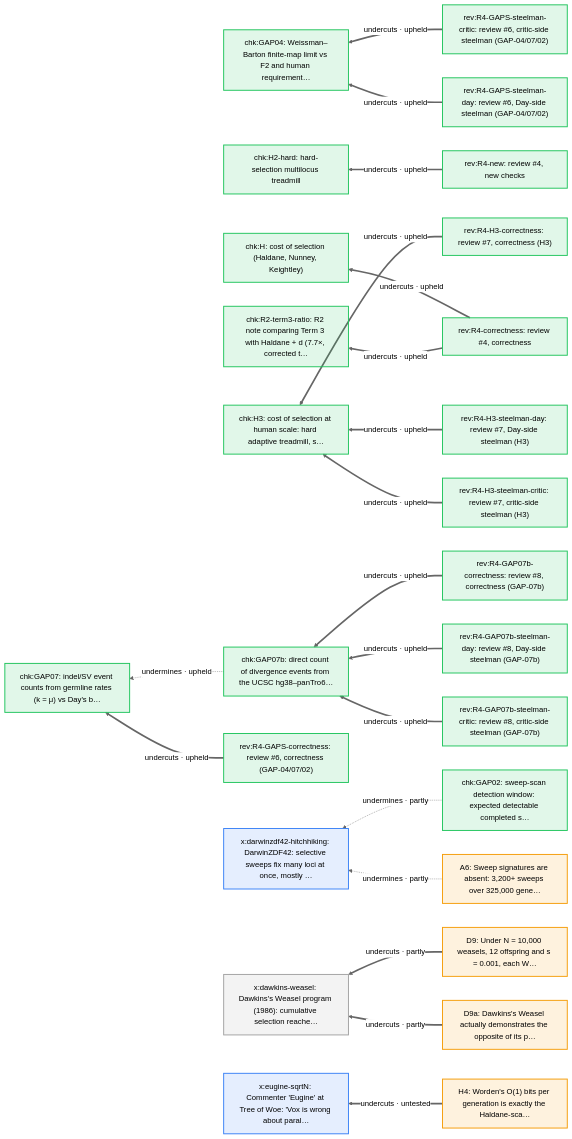
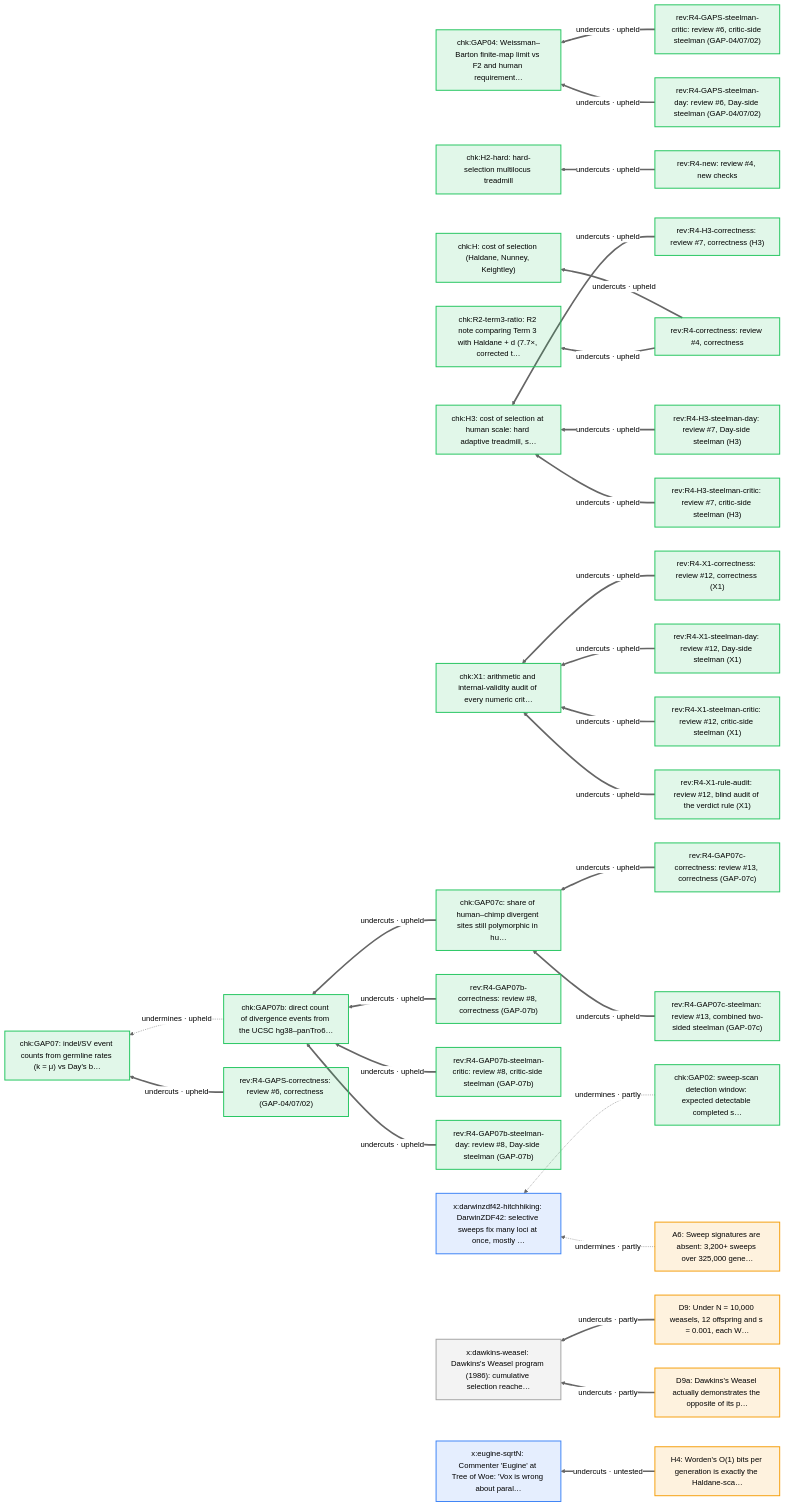
One commit to nickallevato/evo-sim changed diagram 18 of 18 in docs/arguments/defeaters.md. Above: the diagram before and after it, drawn with Mermaid (neutral theme). The commit also changed other lines of this file and 93 other files, not shown here.

````diff
--- a/docs/arguments/defeaters.md
+++ b/docs/arguments/defeaters.md
@@ -787,52 +896,67 @@
 ```mermaid
 flowchart RL
   classDef day fill:#f59e0b22,stroke:#f59e0b,stroke-width:2px
   classDef ally fill:#d9770622,stroke:#d97706,stroke-width:2px
   classDef critic fill:#3b82f622,stroke:#3b82f6,stroke-width:2px
   classDef literature fill:#a3a3a322,stroke:#a3a3a3,stroke-width:2px
   classDef audit fill:#22c55e22,stroke:#22c55e,stroke-width:2px
   A6["A6: Sweep signatures are absent: 3,200+ sweeps over 325,000 gene…"]:::day
   D9["D9: Under N = 10,000 weasels, 12 offspring and s = 0.001, each W…"]:::day
   D9a["D9a: Dawkins's Weasel actually demonstrates the opposite of its p…"]:::day
   H4["H4: Worden's O(1) bits per generation is exactly the Haldane-sca…"]:::day
   chk_GAP02["chk:GAP02: sweep-scan detection window: expected detectable completed s…"]:::audit
   chk_GAP04["chk:GAP04: Weissman–Barton finite-map limit vs F2 and human requirement…"]:::audit
   chk_GAP07["chk:GAP07: indel/SV event counts from germline rates (k = μ) vs Day's b…"]:::audit
   chk_GAP07b["chk:GAP07b: direct count of divergence events from the UCSC hg38–panTro6…"]:::audit
+  chk_GAP07c["chk:GAP07c: share of human–chimp divergent sites still polymorphic in hu…"]:::audit
   chk_H["chk:H: cost of selection (Haldane, Nunney, Keightley)"]:::audit
   chk_H2_hard["chk:H2-hard: hard-selection multilocus treadmill"]:::audit
   chk_H3["chk:H3: cost of selection at human scale: hard adaptive treadmill, s…"]:::audit
   chk_R2_term3_ratio["chk:R2-term3-ratio: R2 note comparing Term 3 with Haldane + d (7.7×, corrected t…"]:::audit
+  chk_X1["chk:X1: arithmetic and internal-validity audit of every numeric crit…"]:::audit
   rev_R4_GAP07b_correctness["rev:R4-GAP07b-correctness: review #8, correctness (GAP-07b)"]:::audit
   rev_R4_GAP07b_steelman_critic["rev:R4-GAP07b-steelman-critic: review #8, critic-side steelman (GAP-07b)"]:::audit
   rev_R4_GAP07b_steelman_day["rev:R4-GAP07b-steelman-day: review #8, Day-side steelman (GAP-07b)"]:::audit
+  rev_R4_GAP07c_correctness["rev:R4-GAP07c-correctness: review #13, correctness (GAP-07c)"]:::audit
+  rev_R4_GAP07c_steelman["rev:R4-GAP07c-steelman: review #13, combined two-sided steelman (GAP-07c)"]:::audit
   rev_R4_GAPS_correctness["rev:R4-GAPS-correctness: review #6, correctness (GAP-04/07/02)"]:::audit
   rev_R4_GAPS_steelman_critic["rev:R4-GAPS-steelman-critic: review #6, critic-side steelman (GAP-04/07/02)"]:::audit
   rev_R4_GAPS_steelman_day["rev:R4-GAPS-steelman-day: review #6, Day-side steelman (GAP-04/07/02)"]:::audit
   rev_R4_H3_correctness["rev:R4-H3-correctness: review #7, correctness (H3)"]:::audit
   rev_R4_H3_steelman_critic["rev:R4-H3-steelman-critic: review #7, critic-side steelman (H3)"]:::audit
   rev_R4_H3_steelman_day["rev:R4-H3-steelman-day: review #7, Day-side steelman (H3)"]:::audit
+  rev_R4_X1_correctness["rev:R4-X1-correctness: review #12, correctness (X1)"]:::audit
+  rev_R4_X1_rule_audit["rev:R4-X1-rule-audit: review #12, blind audit of the verdict rule (X1)"]:::audit
+  rev_R4_X1_steelman_critic["rev:R4-X1-steelman-critic: review #12, critic-side steelman (X1)"]:::audit
+  rev_R4_X1_steelman_day["rev:R4-X1-steelman-day: review #12, Day-side steelman (X1)"]:::audit
   rev_R4_correctness["rev:R4-correctness: review #4, correctness"]:::audit
   rev_R4_new["rev:R4-new: review #4, new checks"]:::audit
   x_darwinzdf42_hitchhiking["x:darwinzdf42-hitchhiking: DarwinZDF42: selective sweeps fix many loci at once, mostly …"]:::critic
   x_dawkins_weasel["x:dawkins-weasel: Dawkins's Weasel program (1986): cumulative selection reache…"]:::literature
   x_eugine_sqrtN["x:eugine-sqrtN: Commenter 'Eugine' at Tree of Woe: 'Vox is wrong about paral…"]:::critic
   rev_R4_GAPS_steelman_critic ==>|"undercuts · upheld"| chk_GAP04
   rev_R4_GAPS_steelman_day ==>|"undercuts · upheld"| chk_GAP04
   rev_R4_GAPS_correctness ==>|"undercuts · upheld"| chk_GAP07
   chk_GAP07b -.->|"undermines · upheld"| chk_GAP07
   rev_R4_GAP07b_correctness ==>|"undercuts · upheld"| chk_GAP07b
   rev_R4_GAP07b_steelman_day ==>|"undercuts · upheld"| chk_GAP07b
   rev_R4_GAP07b_steelman_critic ==>|"undercuts · upheld"| chk_GAP07b
+  chk_GAP07c ==>|"undercuts · upheld"| chk_GAP07b
+  rev_R4_GAP07c_correctness ==>|"undercuts · upheld"| chk_GAP07c
+  rev_R4_GAP07c_steelman ==>|"undercuts · upheld"| chk_GAP07c
   rev_R4_correctness ==>|"undercuts · upheld"| chk_H
   rev_R4_new ==>|"undercuts · upheld"| chk_H2_hard
   rev_R4_H3_correctness ==>|"undercuts · upheld"| chk_H3
   rev_R4_H3_steelman_day ==>|"undercuts · upheld"| chk_H3
   rev_R4_H3_steelman_critic ==>|"undercuts · upheld"| chk_H3
   rev_R4_correctness ==>|"undercuts · upheld"| chk_R2_term3_ratio
+  rev_R4_X1_correctness ==>|"undercuts · upheld"| chk_X1
+  rev_R4_X1_steelman_day ==>|"undercuts · upheld"| chk_X1
+  rev_R4_X1_steelman_critic ==>|"undercuts · upheld"| chk_X1
+  rev_R4_X1_rule_audit ==>|"undercuts · upheld"| chk_X1
   chk_GAP02 -.->|"undermines · partly"| x_darwinzdf42_hitchhiking
   A6 -.->|"undermines · partly"| x_darwinzdf42_hitchhiking
   D9 ==>|"undercuts · partly"| x_dawkins_weasel
   D9a ==>|"undercuts · partly"| x_dawkins_weasel
   H4 ==>|"undercuts · untested"| x_eugine_sqrtN
 ```
````
